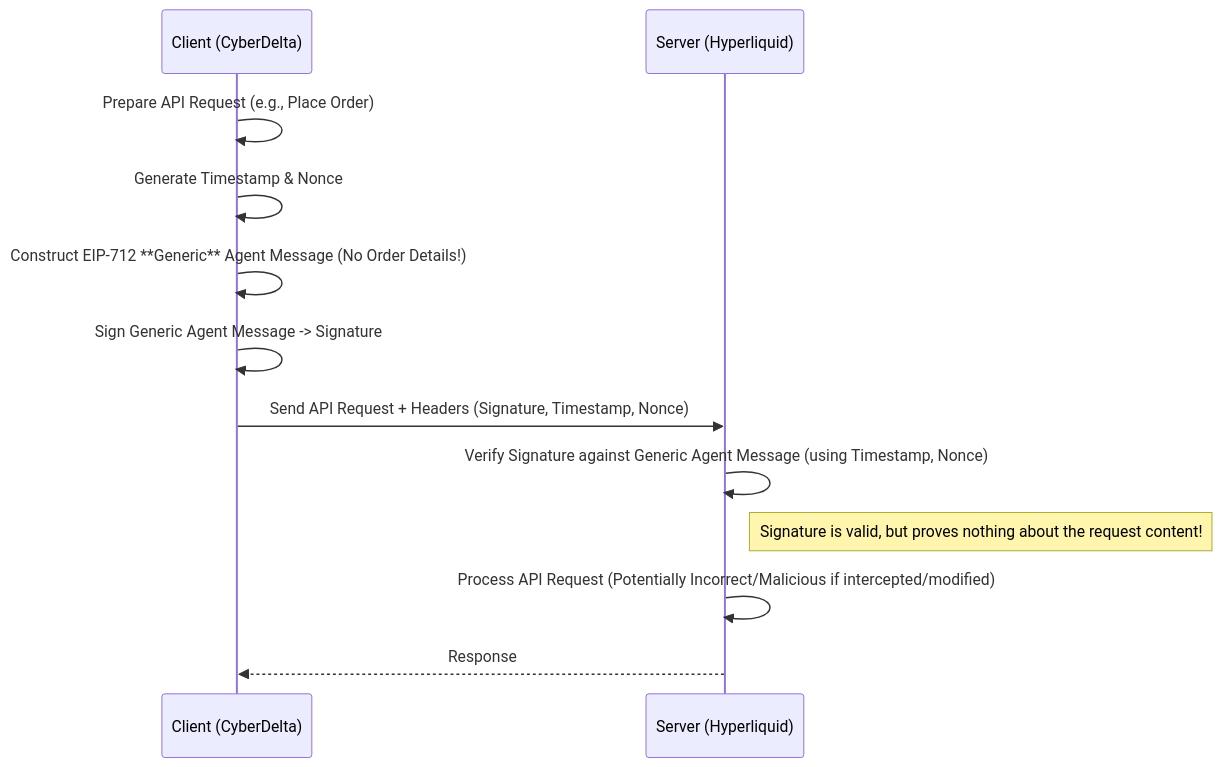
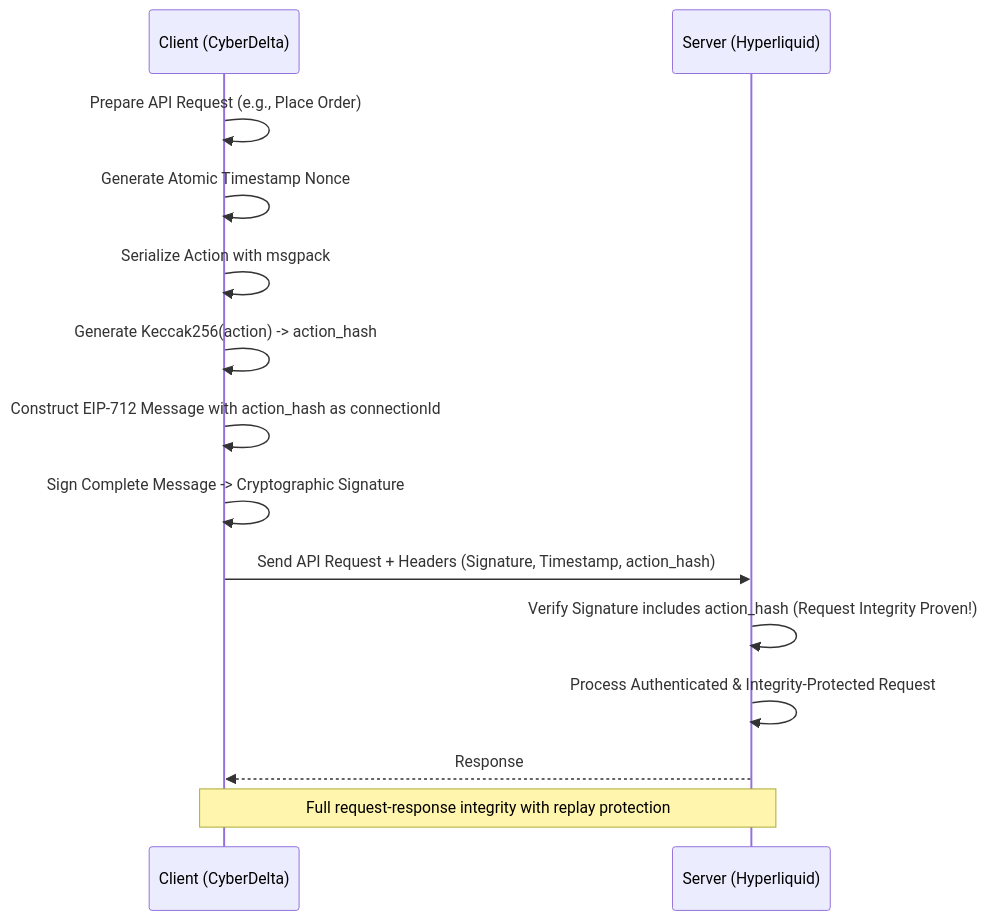
One commit to plataplomo/hummingbot changed the first of 2 diagrams in workflow/security_audit_15_04_2025/security_report_02_authentication.md. Above: the diagram before and after it, drawn with Mermaid. The commit also changed other lines of this file and 101 other files, not shown here.

````diff
--- a/workflow/security_audit_15_04_2025/security_report_02_authentication.md
+++ b/workflow/security_audit_15_04_2025/security_report_02_authentication.md
@@ -80,14 +148,16 @@
     ```mermaid
     sequenceDiagram
         participant C as Client (CyberDelta)
         participant S as Server (Hyperliquid)
         C->>C: Prepare API Request (e.g., Place Order)
-        C->>C: Generate Timestamp & Nonce
-        C->>C: Construct EIP-712 **Generic** Agent Message (No Order Details!)
-        C->>C: Sign Generic Agent Message -> Signature
-        C->>S: Send API Request + Headers (Signature, Timestamp, Nonce)
-        S->>S: Verify Signature against Generic Agent Message (using Timestamp, Nonce)
-        Note right of S: Signature is valid, but proves nothing about the request content!
-        S->>S: Process API Request (Potentially Incorrect/Malicious if intercepted/modified)
+        C->>C: Generate Atomic Timestamp Nonce
+        C->>C: Serialize Action with msgpack
+        C->>C: Generate Keccak256(action) -> action_hash
+        C->>C: Construct EIP-712 Message with action_hash as connectionId
+        C->>C: Sign Complete Message -> Cryptographic Signature
+        C->>S: Send API Request + Headers (Signature, Timestamp, action_hash)
+        S->>S: Verify Signature includes action_hash (Request Integrity Proven!)
+        S->>S: Process Authenticated & Integrity-Protected Request
         S-->>C: Response
+        Note over C,S: Full request-response integrity with replay protection
     ```
````
